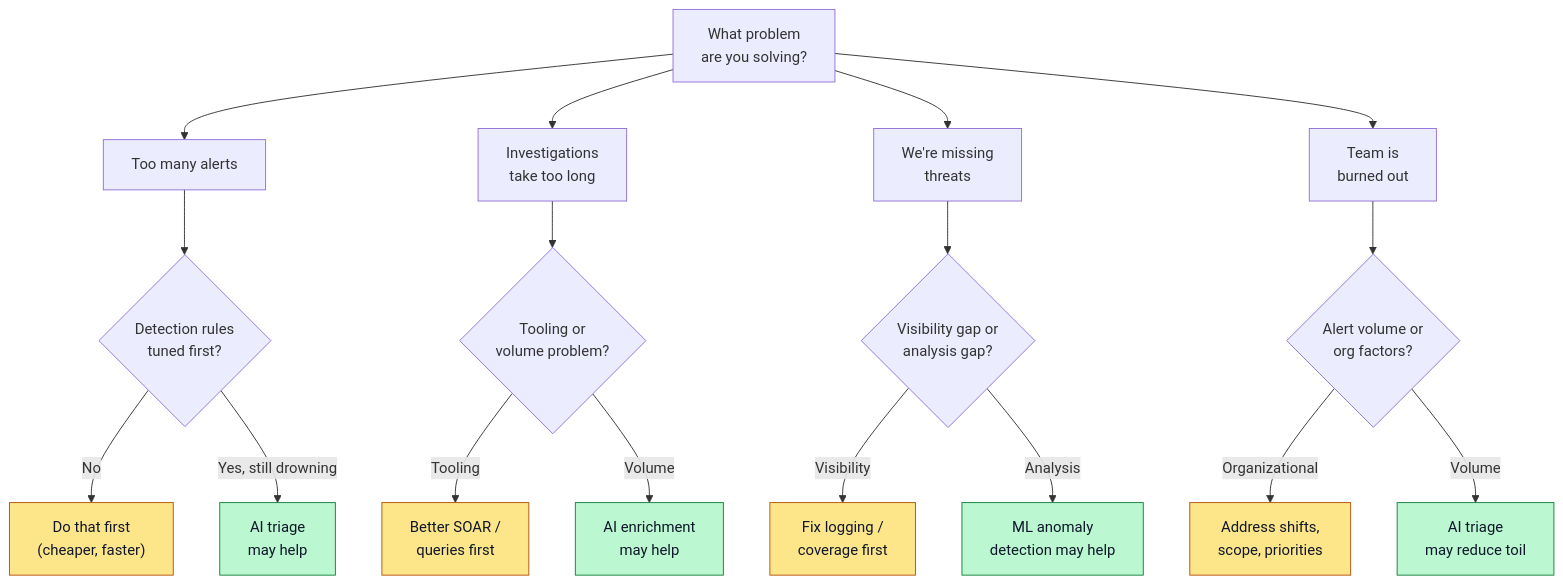
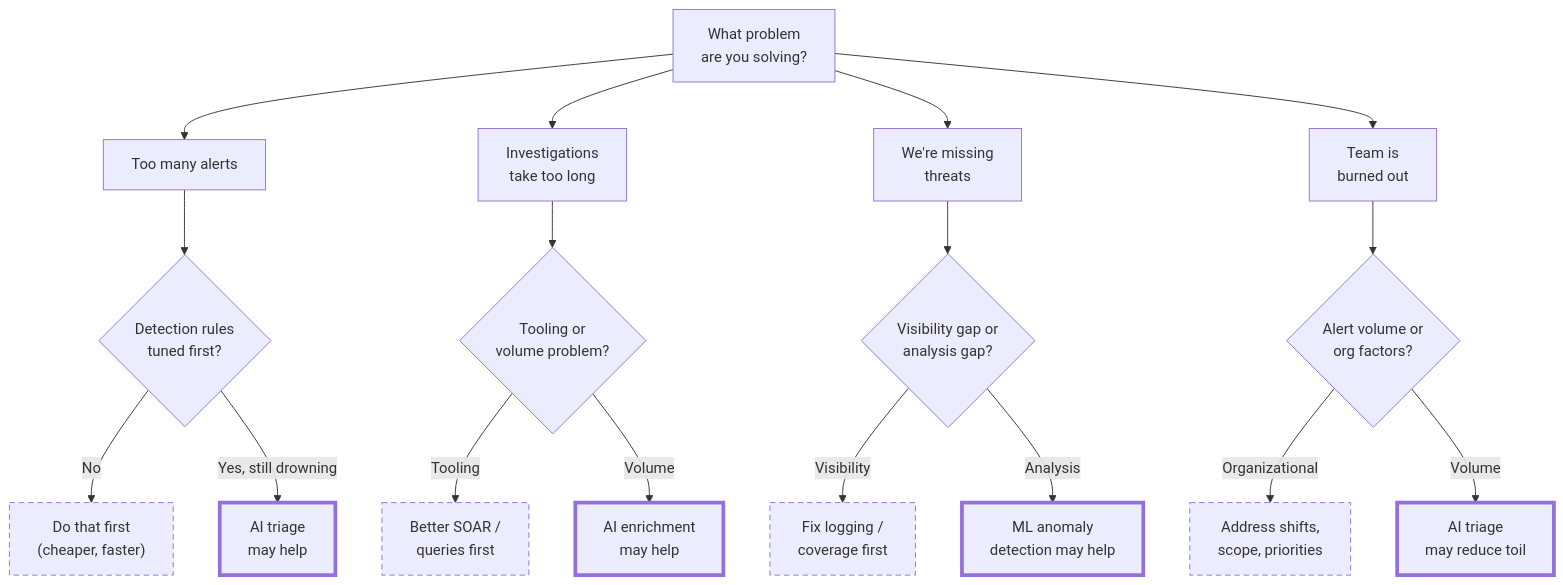
One commit to depalmar/ai_for_the_win changed the first of 4 diagrams in docs/guides/ai-for-security-leaders.md. Above: the diagram before and after it, drawn with Mermaid. The commit also changed other lines of this file, not shown here.

````diff
--- a/docs/guides/ai-for-security-leaders.md
+++ b/docs/guides/ai-for-security-leaders.md
@@ -60,29 +63,29 @@
 ```mermaid
 flowchart TD
     START["What problem<br/>are you solving?"]
     START --> A["Too many alerts"]
     START --> B["Investigations<br/>take too long"]
     START --> C["We're missing<br/>threats"]
     START --> D["Team is<br/>burned out"]
 
     A --> A1{"Detection rules<br/>tuned first?"}
     A1 -->|No| A2["Do that first<br/>(cheaper, faster)"]
     A1 -->|"Yes, still drowning"| A3["AI triage<br/>may help"]
 
     B --> B1{"Tooling or<br/>volume problem?"}
     B1 -->|Tooling| B2["Better SOAR /<br/>queries first"]
     B1 -->|Volume| B3["AI enrichment<br/>may help"]
 
     C --> C1{"Visibility gap or<br/>analysis gap?"}
     C1 -->|Visibility| C2["Fix logging /<br/>coverage first"]
     C1 -->|Analysis| C3["ML anomaly<br/>detection may help"]
 
     D --> D1{"Alert volume or<br/>org factors?"}
     D1 -->|Organizational| D2["Address shifts,<br/>scope, priorities"]
     D1 -->|Volume| D3["AI triage<br/>may reduce toil"]
 
-    classDef ai fill:#bbf7d0,stroke:#15803d,color:#0f172a;
-    classDef first fill:#fde68a,stroke:#b45309,color:#0f172a;
+    classDef ai stroke-width:4px;
+    classDef first stroke-width:1px,stroke-dasharray:6 4;
     class A3,B3,C3,D3 ai;
     class A2,B2,C2,D2 first;
 ```
````
